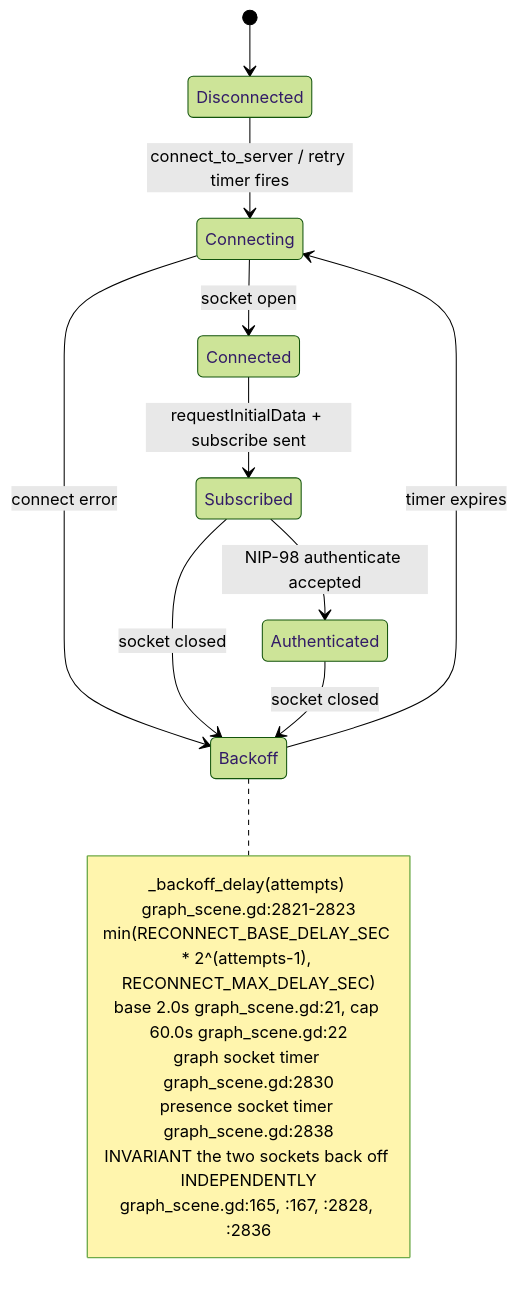
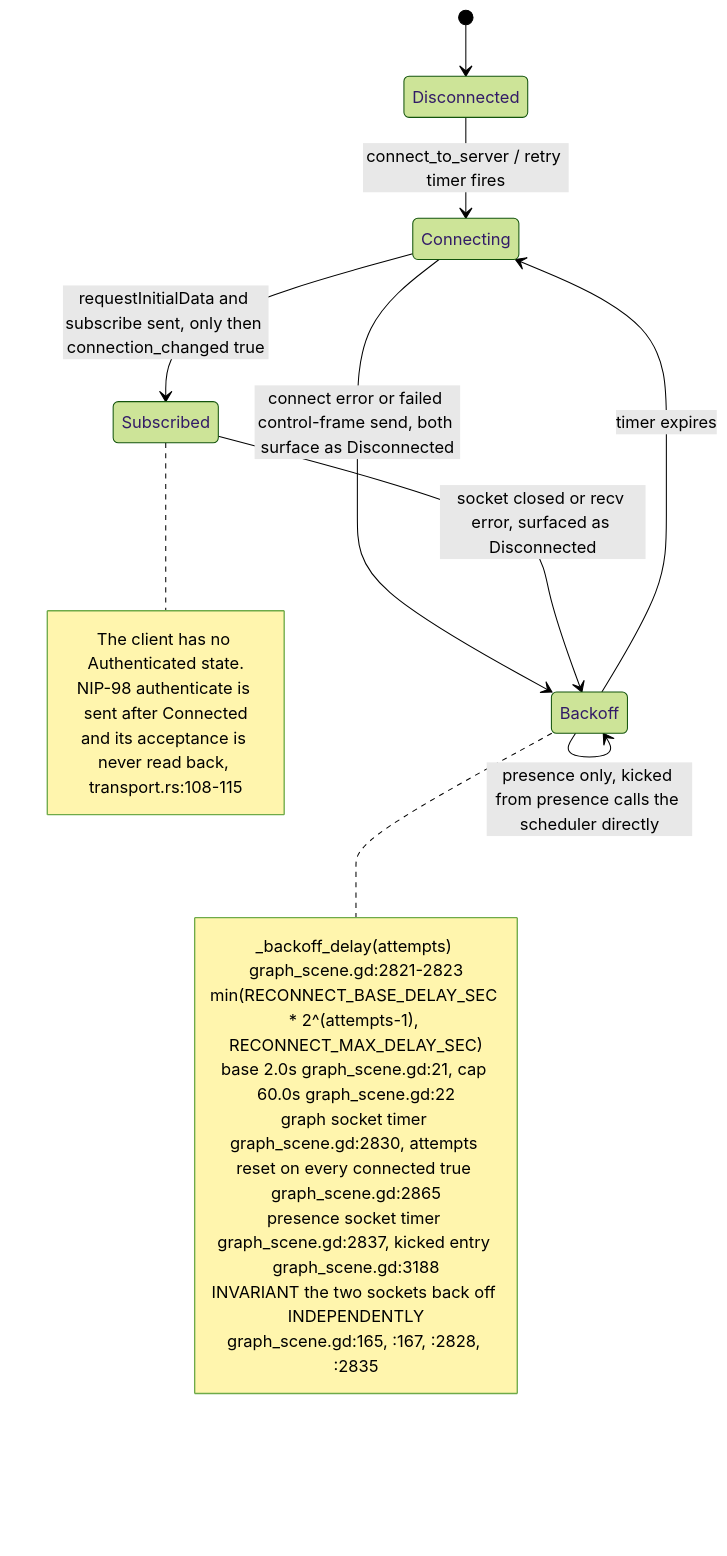
One commit to DreamLab-AI/VisionFlow changed the fourth of 26 diagrams in docs/diagrams/visionclaw/36-godot-xr-client.md. Above: the diagram before and after it, drawn with Mermaid (forest theme). The commit also changed other lines of this file and 4 other files, not shown here.

Commit message:
docs(diagrams): re-read VC-36 claims against the code and catalogue the XR memory-cloud internals as VC-38

````diff
--- a/docs/diagrams/visionclaw/36-godot-xr-client.md
+++ b/docs/diagrams/visionclaw/36-godot-xr-client.md
@@ -232,21 +248,24 @@
 ```mermaid
 stateDiagram-v2
     [*] --> Disconnected
     Disconnected --> Connecting: connect_to_server / retry timer fires
-    Connecting --> Connected: socket open
-    Connecting --> Backoff: connect error
-    Connected --> Subscribed: requestInitialData + subscribe sent
-    Subscribed --> Authenticated: NIP-98 authenticate accepted
-    Subscribed --> Backoff: socket closed
-    Authenticated --> Backoff: socket closed
+    Connecting --> Backoff: connect error or failed control-frame send, both surface as Disconnected
+    Connecting --> Subscribed: requestInitialData and subscribe sent, only then connection_changed true
+    Subscribed --> Backoff: socket closed or recv error, surfaced as Disconnected
     Backoff --> Connecting: timer expires
+    Backoff --> Backoff: presence only, kicked from presence calls the scheduler directly
+    note right of Subscribed
+        The client has no Authenticated state.
+        NIP-98 authenticate is sent after Connected
+        and its acceptance is never read back, transport.rs:108-115
+    end note
     note right of Backoff
         _backoff_delay(attempts) graph_scene.gd:2821-2823
         min(RECONNECT_BASE_DELAY_SEC * 2^(attempts-1), RECONNECT_MAX_DELAY_SEC)
         base 2.0s graph_scene.gd:21, cap 60.0s graph_scene.gd:22
-        graph socket timer graph_scene.gd:2830
-        presence socket timer graph_scene.gd:2838
+        graph socket timer graph_scene.gd:2830, attempts reset on every connected true graph_scene.gd:2865
+        presence socket timer graph_scene.gd:2837, kicked entry graph_scene.gd:3188
         INVARIANT the two sockets back off INDEPENDENTLY
-        graph_scene.gd:165, :167, :2828, :2836
+        graph_scene.gd:165, :167, :2828, :2835
     end note
 ```
````
